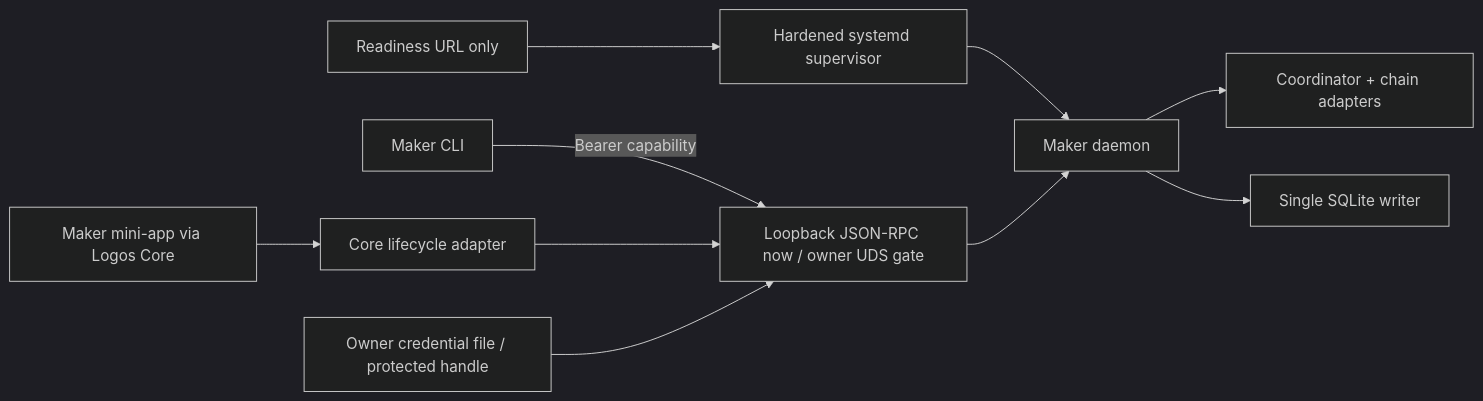
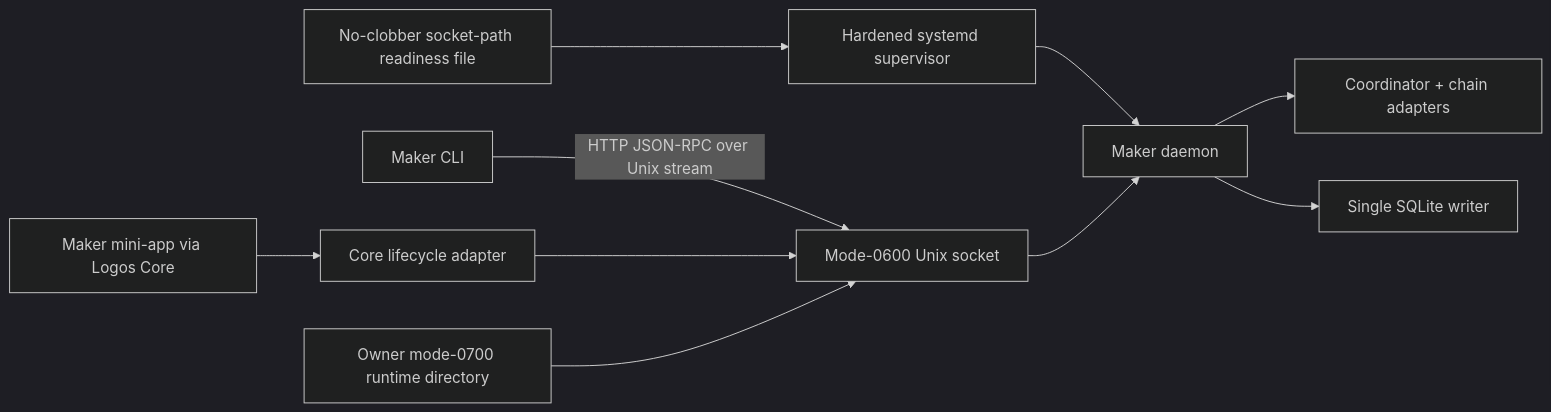
Before and after one commit to gateway-fm/lez-atomic-swaps: the diagram in docs/architecture/0007-maker-local-rpc.md, drawn with Mermaid (dark theme). The commit also changed other lines of this file and 11 other files, not shown here.

Commit message:
feat(m5): secure maker control over unix socket

````diff
--- a/docs/architecture/0007-maker-local-rpc.md
+++ b/docs/architecture/0007-maker-local-rpc.md
@@ -6,12 +6,12 @@
 ```mermaid
 flowchart LR
-    CLI["Maker CLI"] -->|"Bearer capability"| Transport["Loopback JSON-RPC now / owner UDS gate"]
+    CLI["Maker CLI"] -->|"HTTP JSON-RPC over Unix stream"| Socket["Mode-0600 Unix socket"]
     MiniApp["Maker mini-app via Logos Core"] --> CoreAdapter["Core lifecycle adapter"]
-    CoreAdapter --> Transport
+    CoreAdapter --> Socket
     Systemd["Hardened systemd supervisor"] --> Daemon["Maker daemon"]
-    Transport --> Daemon
+    Socket --> Daemon
     Daemon --> Coordinator["Coordinator + chain adapters"]
     Daemon --> Writer["Single SQLite writer"]
-    Credential["Owner credential file / protected handle"] --> Transport
-    Ready["Readiness URL only"] --> Systemd
+    Runtime["Owner mode-0700 runtime directory"] --> Socket
+    Ready["No-clobber socket-path readiness file"] --> Systemd
 ```
````
